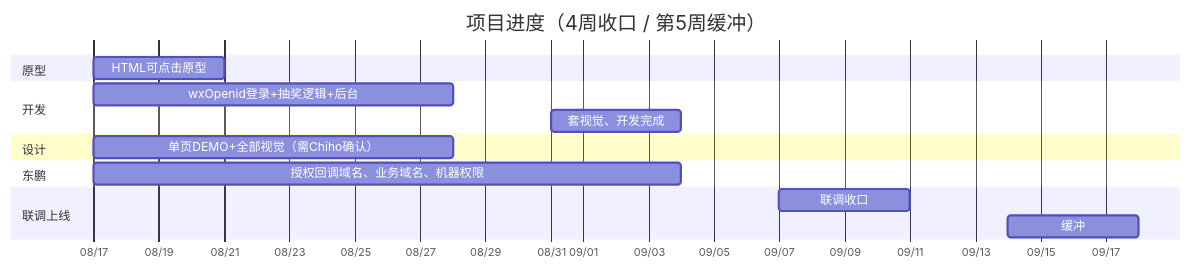
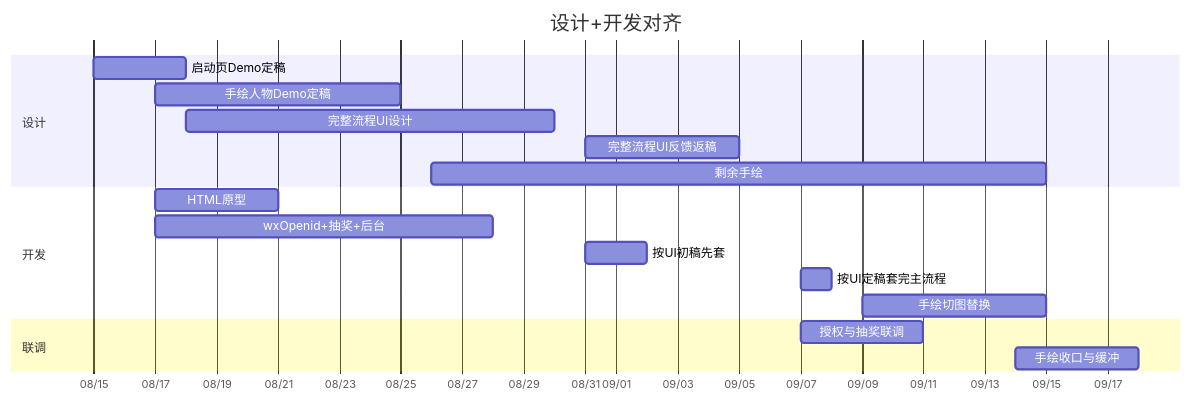
Before and after one commit to DearMe/AlgorithmsLearning: the diagram in docs/东鹏H5-项目进度时间表.md, drawn with Mermaid. The commit also changed other lines of this file and 1 other file, not shown here.

````diff
--- a/docs/东鹏H5-项目进度时间表.md
+++ b/docs/东鹏H5-项目进度时间表.md
@@ -11,18 +10,21 @@
 ```mermaid
 gantt
-    title 项目进度（4周收口 / 第5周缓冲）
+    title 设计+开发对齐
     dateFormat  YYYY-MM-DD
     axisFormat  %m/%d
-    section 原型
-    HTML可点击原型           :a1, 2026-08-17, 2026-08-21
+    section 设计
+    启动页Demo定稿           :d1, 2026-08-15, 2026-08-18
+    手绘人物Demo定稿         :d2, 2026-08-17, 2026-08-25
+    完整流程UI设计           :d3, 2026-08-18, 2026-08-30
+    完整流程UI反馈返稿       :d4, 2026-08-31, 2026-09-05
+    剩余手绘                 :d5, 2026-08-26, 2026-09-15
     section 开发
-    wxOpenid登录+抽奖逻辑+后台 :a2, 2026-08-17, 2026-08-28
-    套视觉、开发完成         :a3, 2026-08-31, 2026-09-04
-    section 设计
-    单页DEMO+全部视觉（需Chiho确认） :a4, 2026-08-17, 2026-08-28
-    section 东鹏
-    授权回调域名、业务域名、机器权限 :a5, 2026-08-17, 2026-09-04
-    section 联调上线
-    联调收口                 :a6, 2026-09-07, 2026-09-11
-    缓冲                     :a7, 2026-09-14, 2026-09-18
+    HTML原型                 :a1, 2026-08-17, 2026-08-21
+    wxOpenid+抽奖+后台       :a2, 2026-08-17, 2026-08-28
+    按UI初稿先套             :a3, 2026-08-31, 2026-09-02
+    按UI定稿套完主流程       :a4, 2026-09-07, 2026-09-08
+    手绘切图替换             :a5, 2026-09-09, 2026-09-15
+    section 联调
+    授权与抽奖联调           :b1, 2026-09-07, 2026-09-11
+    手绘收口与缓冲           :b2, 2026-09-14, 2026-09-18
 ```
````
